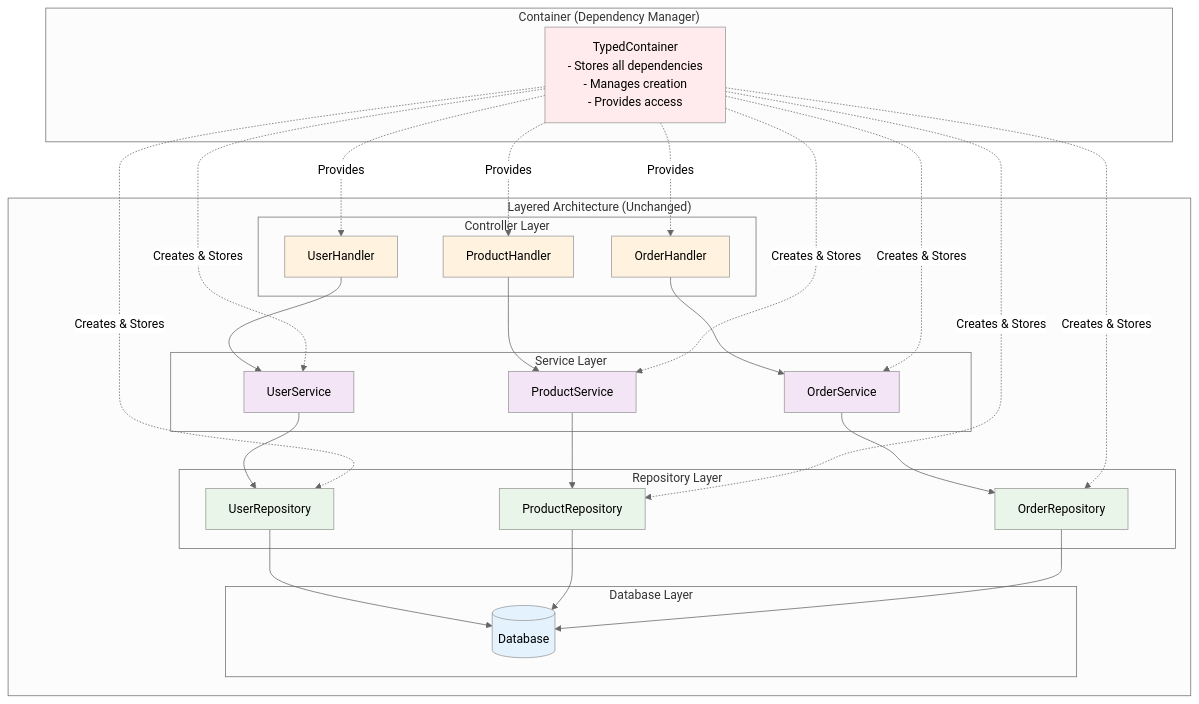
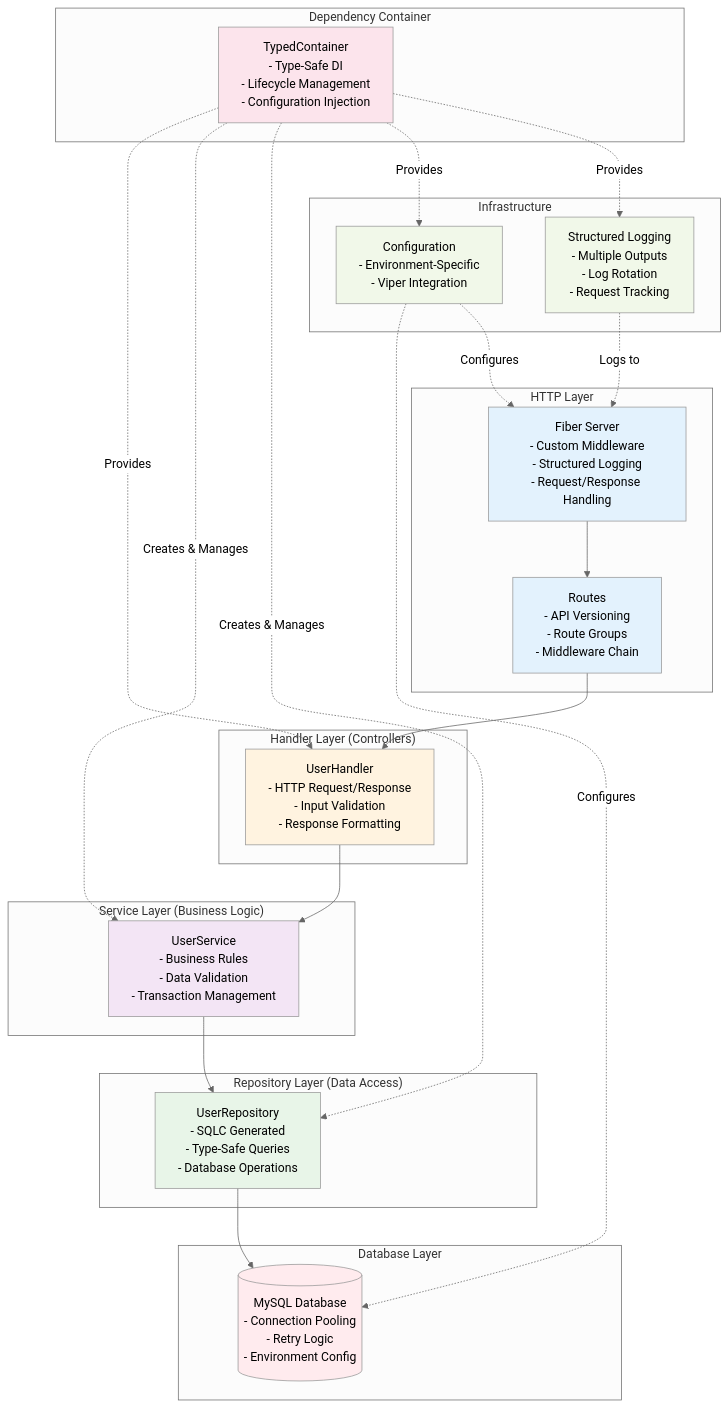
Before and after one commit to MayukhSobo/scaffold: the diagram in README.md, drawn with Mermaid (neutral theme). The commit also changed other lines of this file and 2 other files, not shown here.

Commit message:
fix(handler): resolve issues with user response conversion and improve error handling

````diff
--- a/README.md
+++ b/README.md
@@ -110,64 +113,67 @@
 ```mermaid
 graph TB
-    subgraph "Layered Architecture (Unchanged)"
-        subgraph "Controller Layer"
-            C1[UserHandler]
-            C2[ProductHandler]
-            C3[OrderHandler]
-        end
-        
-        subgraph "Service Layer"
-            S1[UserService]
-            S2[ProductService]
-            S3[OrderService]
-        end
-        
-        subgraph "Repository Layer"
-            R1[UserRepository]
-            R2[ProductRepository]
-            R3[OrderRepository]
-        end
-        
-        subgraph "Database Layer"
-            DB[(Database)]
-        end
+    subgraph "HTTP Layer"
+        FIBER[Fiber Server<br/>- Custom Middleware<br/>- Structured Logging<br/>- Request/Response Handling]
+        ROUTES[Routes<br/>- API Versioning<br/>- Route Groups<br/>- Middleware Chain]
     end
     
-    subgraph "Container (Dependency Manager)"
-        CONTAINER[TypedContainer<br/>- Stores all dependencies<br/>- Manages creation<br/>- Provides access]
+    subgraph "Handler Layer (Controllers)"
+        UH[UserHandler<br/>- HTTP Request/Response<br/>- Input Validation<br/>- Response Formatting]
     end
     
-    %% Architecture relationships (unchanged)
-    C1 --> S1
-    C2 --> S2
-    C3 --> S3
-    S1 --> R1
-    S2 --> R2
-    S3 --> R3
-    R1 --> DB
-    R2 --> DB
-    R3 --> DB
+    subgraph "Service Layer (Business Logic)"
+        US[UserService<br/>- Business Rules<br/>- Data Validation<br/>- Transaction Management]
+    end
+    
+    subgraph "Repository Layer (Data Access)"
+        UR[UserRepository<br/>- SQLC Generated<br/>- Type-Safe Queries<br/>- Database Operations]
+    end
+    
+    subgraph "Database Layer"
+        DB[(MySQL Database<br/>- Connection Pooling<br/>- Retry Logic<br/>- Environment Config)]
+    end
+    
+    subgraph "Dependency Container"
+        CONTAINER[TypedContainer<br/>- Type-Safe DI<br/>- Lifecycle Management<br/>- Configuration Injection]
+    end
+    
+    subgraph "Infrastructure"
+        CONFIG[Configuration<br/>- Environment-Specific<br/>- Viper Integration]
+        LOGGER[Structured Logging<br/>- Multiple Outputs<br/>- Log Rotation<br/>- Request Tracking]
+    end
+    
+    %% Flow connections
+    FIBER --> ROUTES
+    ROUTES --> UH
+    UH --> US
+    US --> UR
+    UR --> DB
     
     %% Container provides dependencies
-    CONTAINER -.->|Provides| C1
-    CONTAINER -.->|Provides| C2
-    CONTAINER -.->|Provides| C3
-    CONTAINER -.->|Creates & Stores| S1
-    CONTAINER -.->|Creates & Stores| S2
-    CONTAINER -.->|Creates & Stores| S3
-    CONTAINER -.->|Creates & Stores| R1
-    CONTAINER -.->|Creates & Stores| R2
-    CONTAINER -.->|Creates & Stores| R3
+    CONTAINER -.->|Provides| UH
+    CONTAINER -.->|Creates & Manages| US
+    CONTAINER -.->|Creates & Manages| UR
+    CONTAINER -.->|Provides| CONFIG
+    CONTAINER -.->|Provides| LOGGER
     
-    classDef controller fill:#fff3e0
+    %% Infrastructure connections
+    CONFIG -.->|Configures| DB
+    CONFIG -.->|Configures| FIBER
+    LOGGER -.->|Logs to| FIBER
+    
+    classDef http fill:#e3f2fd
+    classDef handler fill:#fff3e0
     classDef service fill:#f3e5f5
     classDef repository fill:#e8f5e8
-    classDef database fill:#e3f2fd
-    classDef container fill:#ffebee
+    classDef database fill:#ffebee
+    classDef container fill:#fce4ec
+    classDef infra fill:#f1f8e9
     
-    class C1,C2,C3 controller
-    class S1,S2,S3 service
-    class R1,R2,R3 repository
+    class FIBER,ROUTES http
+    class UH handler
+    class US service
+    class UR repository
     class DB database
     class CONTAINER container
+    class CONFIG,LOGGER infra
 ```
````
